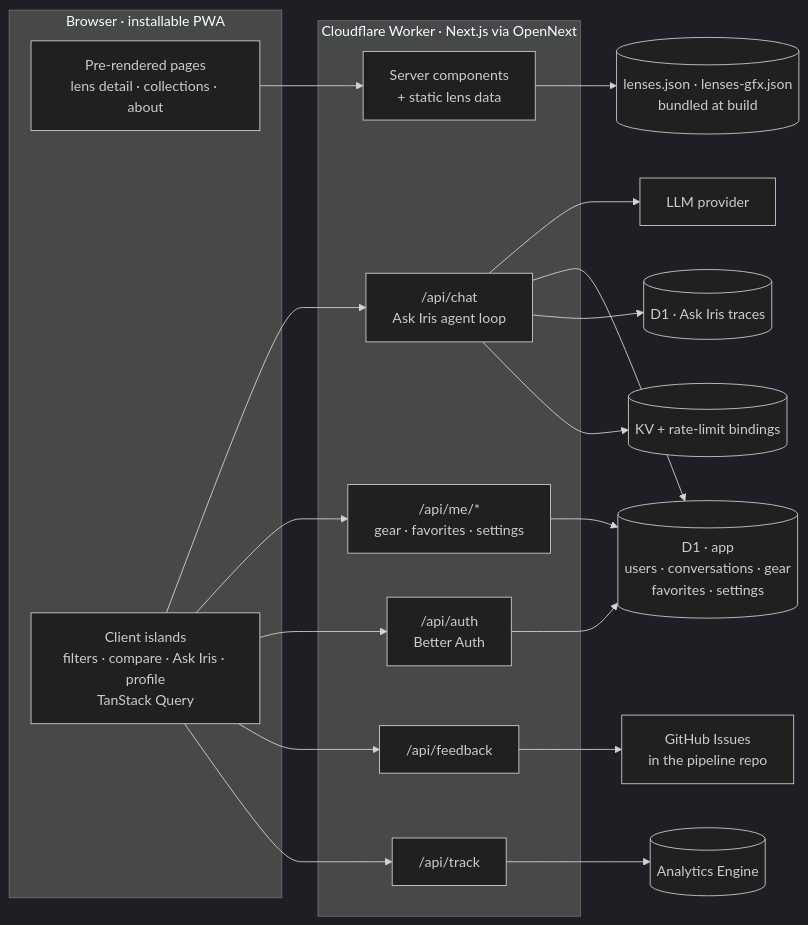
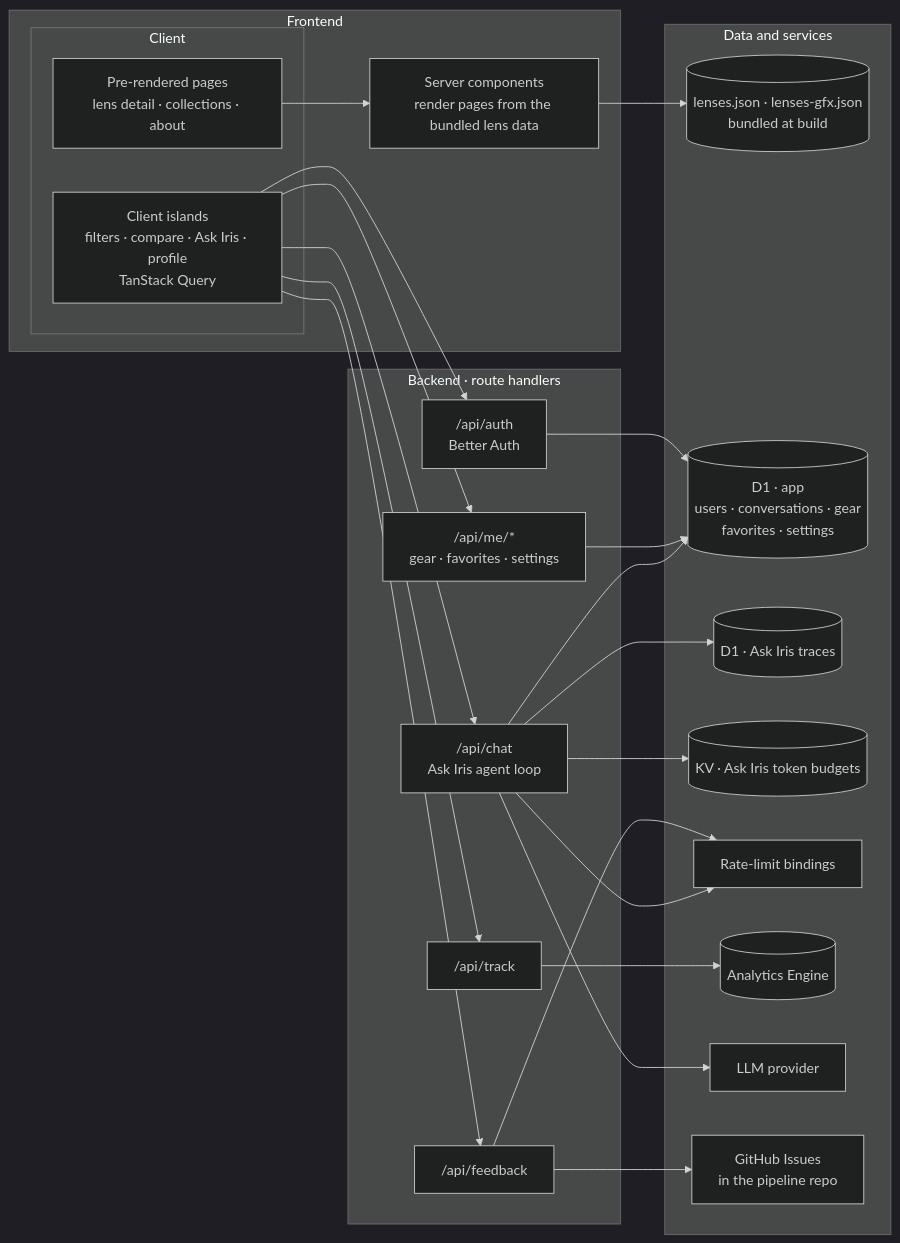
One commit to sentacraft/atlens changed the first of 3 diagrams in README.md. Above: the diagram before and after it, drawn with Mermaid (dark theme). The commit also changed other lines of this file, not shown here.

Commit message:
docs: split the architecture diagram into frontend, backend, and services
Rate-limit bindings guard chat and feedback; KV holds only Ask Iris token
budgets.

````diff
--- a/README.md
+++ b/README.md
@@ -56,32 +56,36 @@
 ```mermaid
 flowchart LR
-  subgraph browser["Browser · installable PWA"]
-    PAGES["Pre-rendered pages<br/>lens detail · collections · about"]
-    ISLANDS["Client islands<br/>filters · compare · Ask Iris · profile<br/>TanStack Query"]
+  subgraph frontend["Frontend"]
+    subgraph client["Client"]
+      PAGES["Pre-rendered pages<br/>lens detail · collections · about"]
+      ISLANDS["Client islands<br/>filters · compare · Ask Iris · profile<br/>TanStack Query"]
+    end
+    RSC["Server components<br/>render pages from the bundled lens data"]
   end
 
-  subgraph worker["Cloudflare Worker · Next.js via OpenNext"]
-    RSC["Server components<br/>+ static lens data"]
+  subgraph backend["Backend · route handlers"]
     CHAT["/api/chat<br/>Ask Iris agent loop"]
     ME["/api/me/*<br/>gear · favorites · settings"]
     AUTH["/api/auth<br/>Better Auth"]
     FEEDBACK["/api/feedback"]
     TRACK["/api/track"]
   end
 
-  LENSDATA[("lenses.json · lenses-gfx.json<br/>bundled at build")]
-  APPDB[("D1 · app<br/>users · conversations · gear<br/>favorites · settings")]
-  TRACES[("D1 · Ask Iris traces")]
-  LIMITS[("KV + rate-limit bindings")]
-  EVENTS[("Analytics Engine")]
-  LLM["LLM provider"]
-  ISSUES["GitHub Issues<br/>in the pipeline repo"]
+  subgraph services["Data and services"]
+    LENSDATA[("lenses.json · lenses-gfx.json<br/>bundled at build")]
+    APPDB[("D1 · app<br/>users · conversations · gear<br/>favorites · settings")]
+    TRACES[("D1 · Ask Iris traces")]
+    BUDGET[("KV · Ask Iris token budgets")]
+    LIMITS["Rate-limit bindings"]
+    EVENTS[("Analytics Engine")]
+    LLM["LLM provider"]
+    ISSUES["GitHub Issues<br/>in the pipeline repo"]
+  end
 
   PAGES --> RSC --> LENSDATA
   ISLANDS --> CHAT & ME & AUTH & FEEDBACK & TRACK
-  CHAT --> LLM
-  CHAT --> APPDB & TRACES & LIMITS
+  CHAT --> LLM & APPDB & TRACES & BUDGET & LIMITS
+  FEEDBACK --> LIMITS & ISSUES
   ME & AUTH --> APPDB
-  FEEDBACK --> ISSUES
   TRACK --> EVENTS
 ```
````
